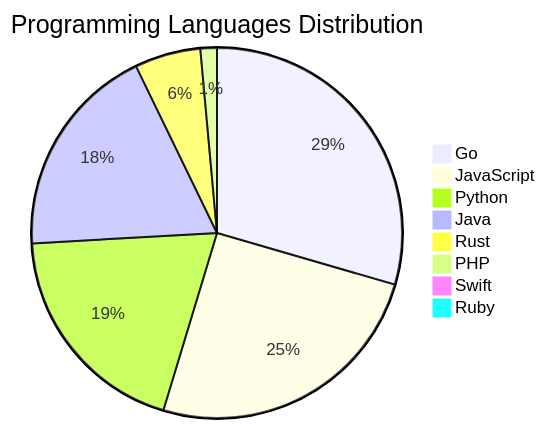
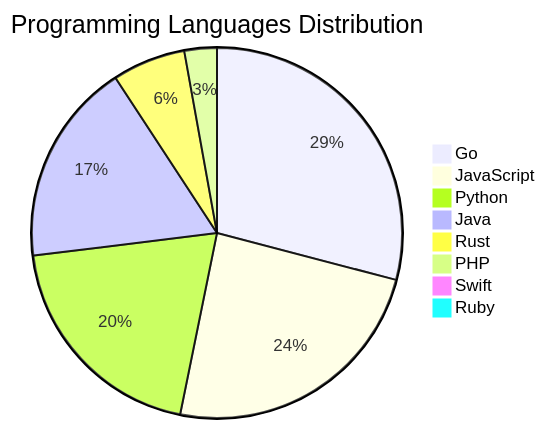
One commit to Derrick-MUGISHA/github-activity-bot changed the diagram in README.md. Above: the diagram before and after it, drawn with Mermaid. The commit also changed other lines of this file and 4 other files, not shown here.

````diff
--- a/README.md
+++ b/README.md
@@ -209,11 +209,11 @@
 ```mermaid
 pie title Programming Languages Distribution
     "Go" : 41
-    "JavaScript" : 35
-    "Python" : 27
-    "Java" : 26
-    "Rust" : 8
-    "PHP" : 2
+    "JavaScript" : 34
+    "Python" : 28
+    "Java" : 25
+    "Rust" : 9
+    "PHP" : 4
     "Swift" : 1
     "Ruby" : 1
 ```
````
